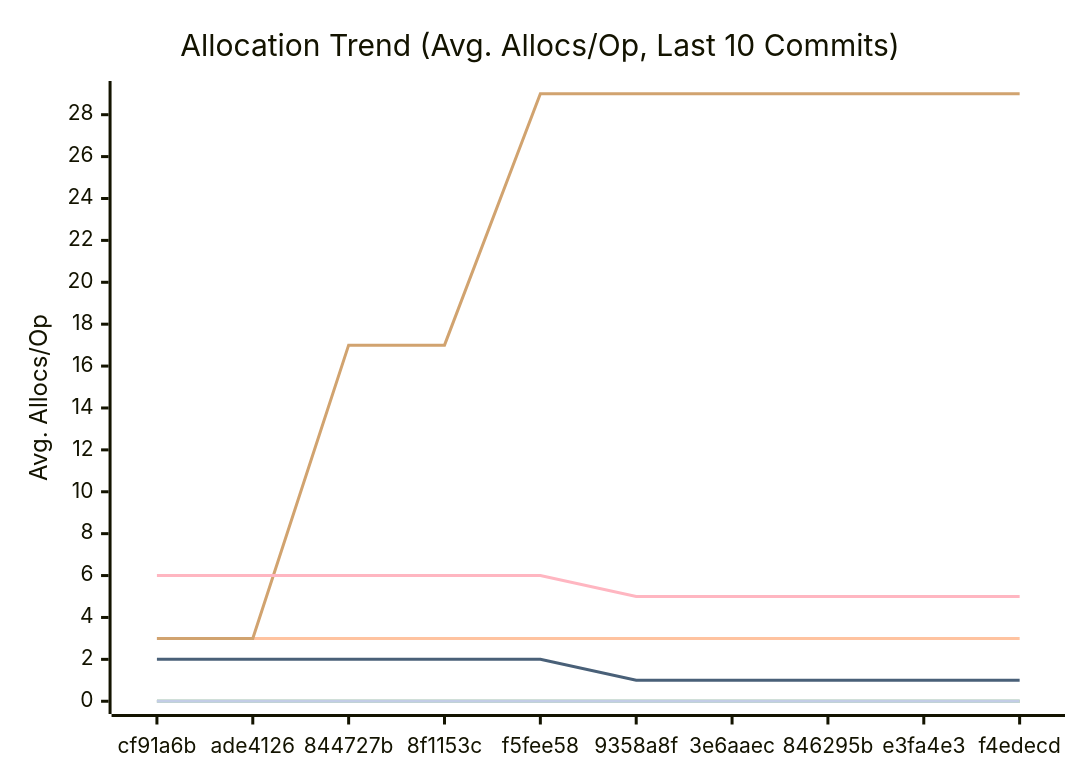
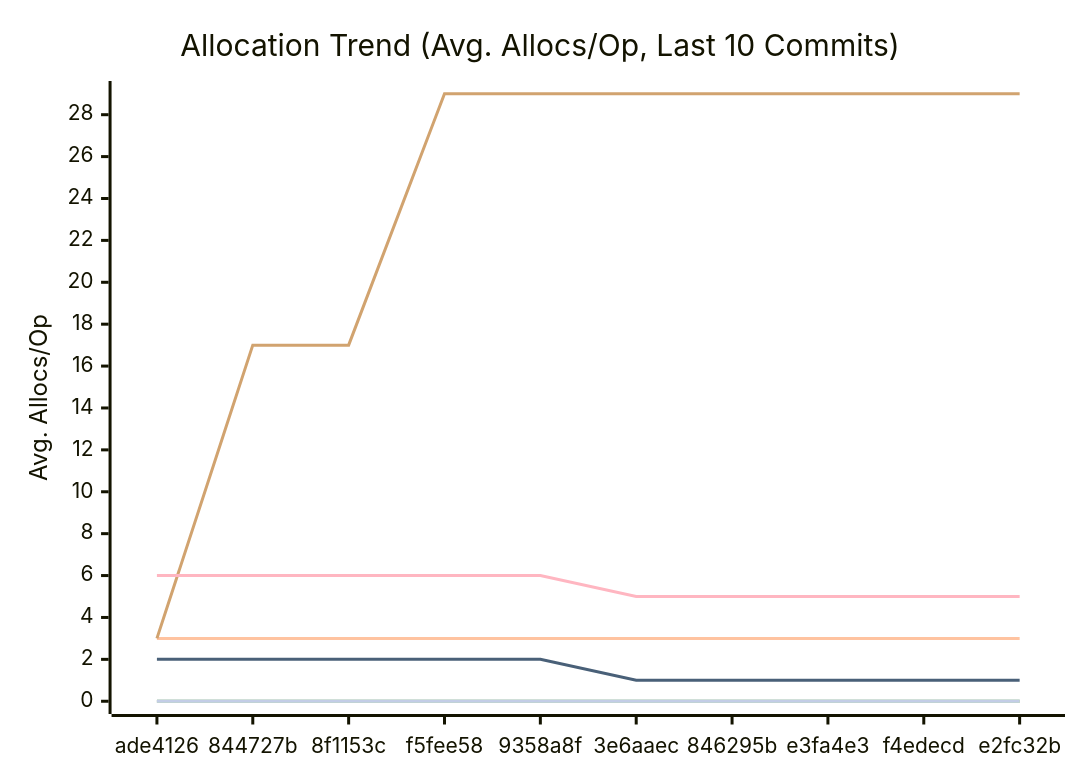
Before and after one commit to alsotoes/momo: the third of 3 diagrams in docs/PERFORMANCE.md, drawn with Mermaid. The commit also changed other lines of this file and 2 other files, not shown here.

````diff
--- a/docs/PERFORMANCE.md
+++ b/docs/PERFORMANCE.md
@@ -114,16 +114,16 @@
 ```mermaid
 xychart-beta
     title "Allocation Trend (Avg. Allocs/Op, Last 10 Commits)"
     x-axis "Commit"
     y-axis "Avg. Allocs/Op"
-    x-axis [cf91a6b,ade4126,844727b,8f1153c,f5fee58,9358a8f,3e6aaec,846295b,e3fa4e3,f4edecd]
+    x-axis [ade4126,844727b,8f1153c,f5fee58,9358a8f,3e6aaec,846295b,e3fa4e3,f4edecd,e2fc32b]
     line "CheckMetricsAndSwap" [0,0,0,0,0,0,0,0,0,0]
     line "CrushOptimized" [0,0,0,0,0,0,0,0,0,0]
     line "CrushOriginal" [3,3,3,3,3,3,3,3,3,3]
     line "IndexDirectTracking" [0,0,0,0,0,0,0,0,0,0]
     line "IndexSearch" [0,0,0,0,0,0,0,0,0,0]
-    line "LoadGlobalConfig" [3,3,17,17,29,29,29,29,29,29]
+    line "LoadGlobalConfig" [3,17,17,29,29,29,29,29,29,29]
     line "PadString" [0,0,0,0,0,0,0,0,0,0]
     line "ParseReplicationOrder_NoPrealloc" [6,6,6,6,6,5,5,5,5,5]
     line "ParseReplicationOrder_Prealloc" [2,2,2,2,2,1,1,1,1,1]
 ```
````
